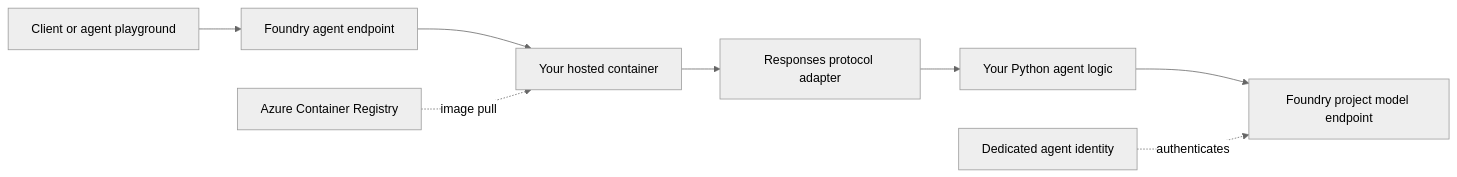
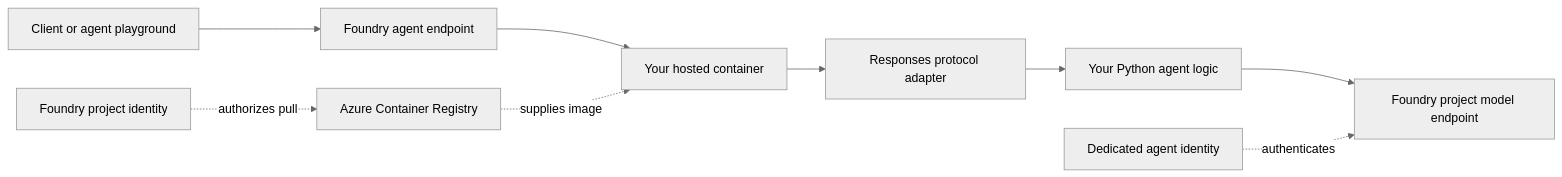
One commit to ericchansen/foundry-agents changed the diagram in README.md. Above: the diagram before and after it, drawn with Mermaid (neutral theme). The commit also changed other lines of this file and 42 other files, not shown here.

````diff
--- a/README.md
+++ b/README.md
@@ -28,10 +33,11 @@
 ```mermaid
 flowchart LR
     client[Client or agent playground] --> gateway[Foundry agent endpoint]
     gateway --> container[Your hosted container]
     container --> protocol[Responses protocol adapter]
     protocol --> logic[Your Python agent logic]
     logic --> project[Foundry project model endpoint]
-    identity[Dedicated agent identity] -. authenticates .-> project
-    acr[Azure Container Registry] -. image pull .-> container
+    runtimeIdentity[Dedicated agent identity] -. authenticates .-> project
+    projectIdentity[Foundry project identity] -. authorizes pull .-> acr[Azure Container Registry]
+    acr -. supplies image .-> container
 ```
````
